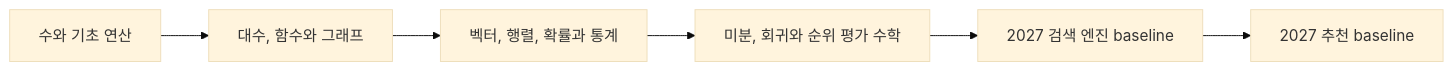
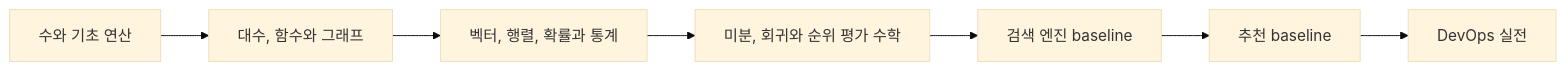
Before and after one commit to dc-choi/interview: the diagram in fit/growth/learning/roadmaps/2026-H2-Math-Roadmap.md, drawn with Mermaid (base theme). The commit also changed other lines of this file and 6 other files, not shown here.

````diff
--- a/fit/growth/learning/roadmaps/2026-H2-Math-Roadmap.md
+++ b/fit/growth/learning/roadmaps/2026-H2-Math-Roadmap.md
@@ -24,8 +24,9 @@
 ```mermaid
 flowchart LR
   A[수와 기초 연산] --> B[대수, 함수와 그래프]
   B --> C[벡터, 행렬, 확률과 통계]
   C --> D[미분, 회귀와 순위 평가 수학]
-  D --> E[2027 검색 엔진 baseline]
-  E --> F[2027 추천 baseline]
+  D --> E[검색 엔진 baseline]
+  E --> F[추천 baseline]
+  F --> G[DevOps 실전]
 ```
````
